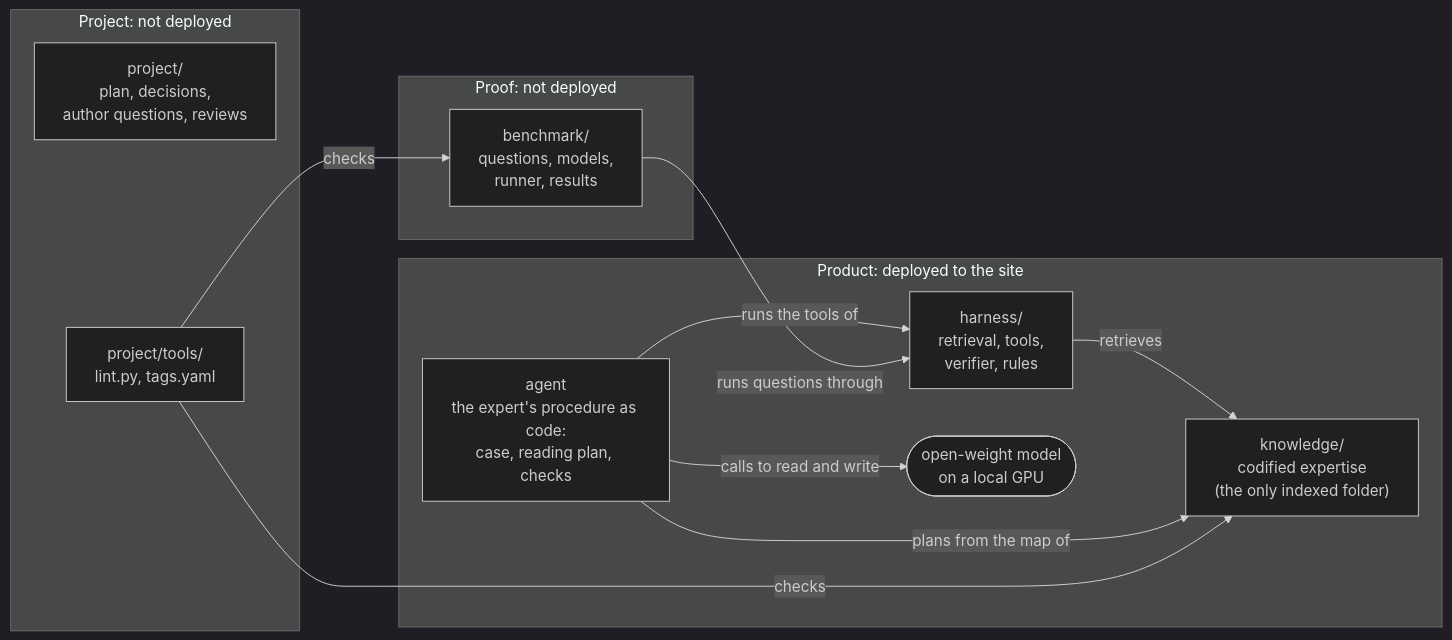
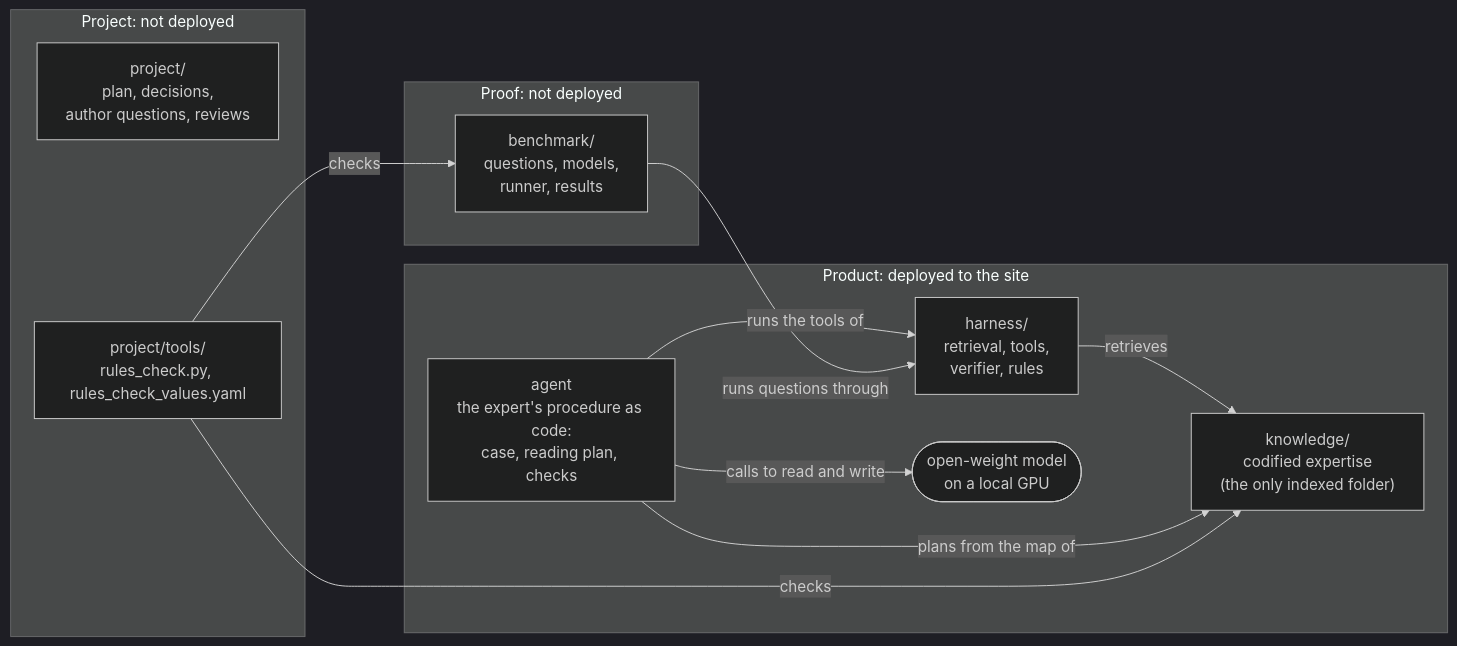
One commit to e1-rahabok/agent-e2 changed the diagram in ARCHITECTURE.md. Above: the diagram before and after it, drawn with Mermaid (dark theme). The commit also changed other lines of this file and 242 other files, not shown here.

````diff
--- a/ARCHITECTURE.md
+++ b/ARCHITECTURE.md
@@ -18,23 +18,23 @@
 ```mermaid
 flowchart LR
   subgraph Product["Product: deployed to the site"]
     K["knowledge/<br/>codified expertise<br/>(the only indexed folder)"]
     H["harness/<br/>retrieval, tools,<br/>verifier, rules"]
     A["agent<br/>the expert's procedure as code:<br/>case, reading plan, checks"]
     M(["open-weight model<br/>on a local GPU"])
     H -->|retrieves| K
     A -->|plans from the map of| K
     A -->|runs the tools of| H
     A -->|calls to read and write| M
   end
   subgraph Proof["Proof: not deployed"]
     B["benchmark/<br/>questions, models,<br/>runner, results"]
   end
   subgraph Project["Project: not deployed"]
     P["project/<br/>plan, decisions,<br/>author questions, reviews"]
-    T["project/tools/<br/>lint.py, tags.yaml"]
+    T["project/tools/<br/>rules_check.py, rules_check_values.yaml"]
   end
   B -->|runs questions through| H
   T -->|checks| K
   T -->|checks| B
 ```
````
